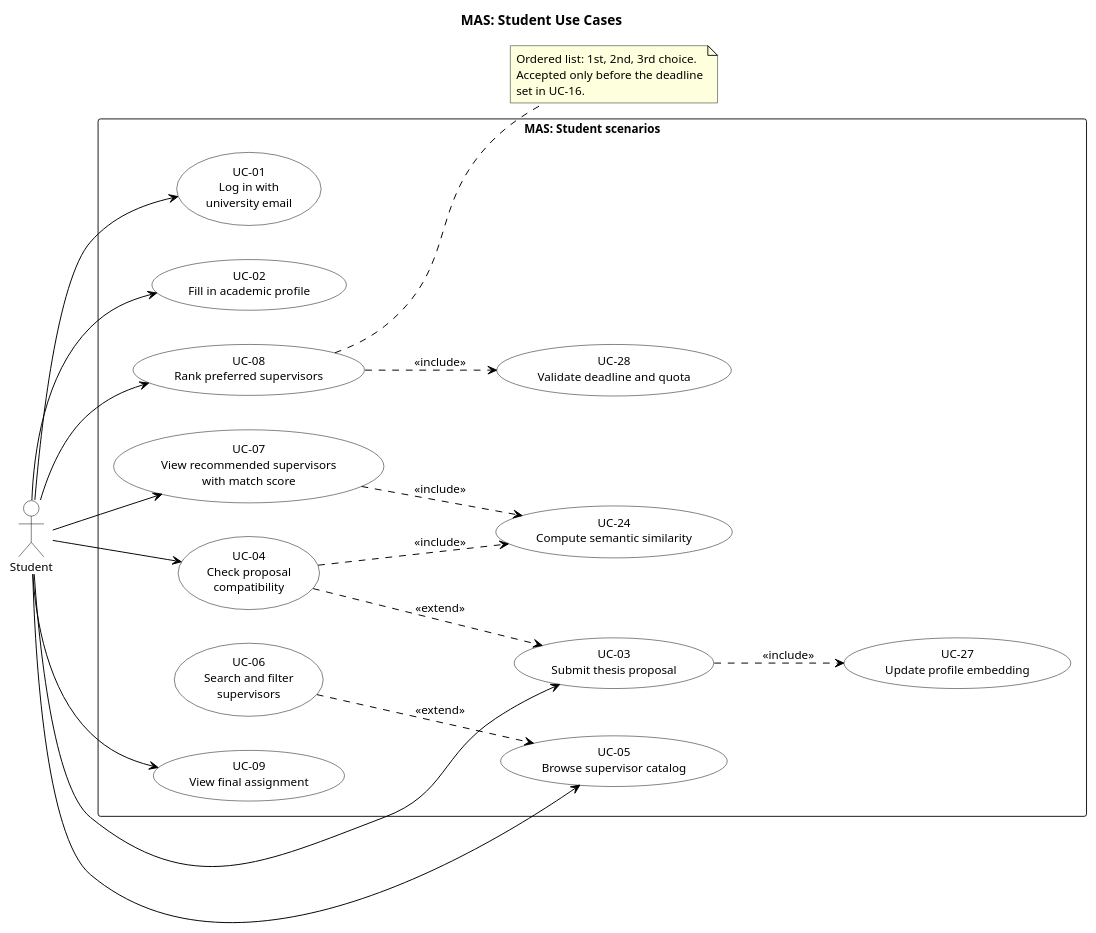
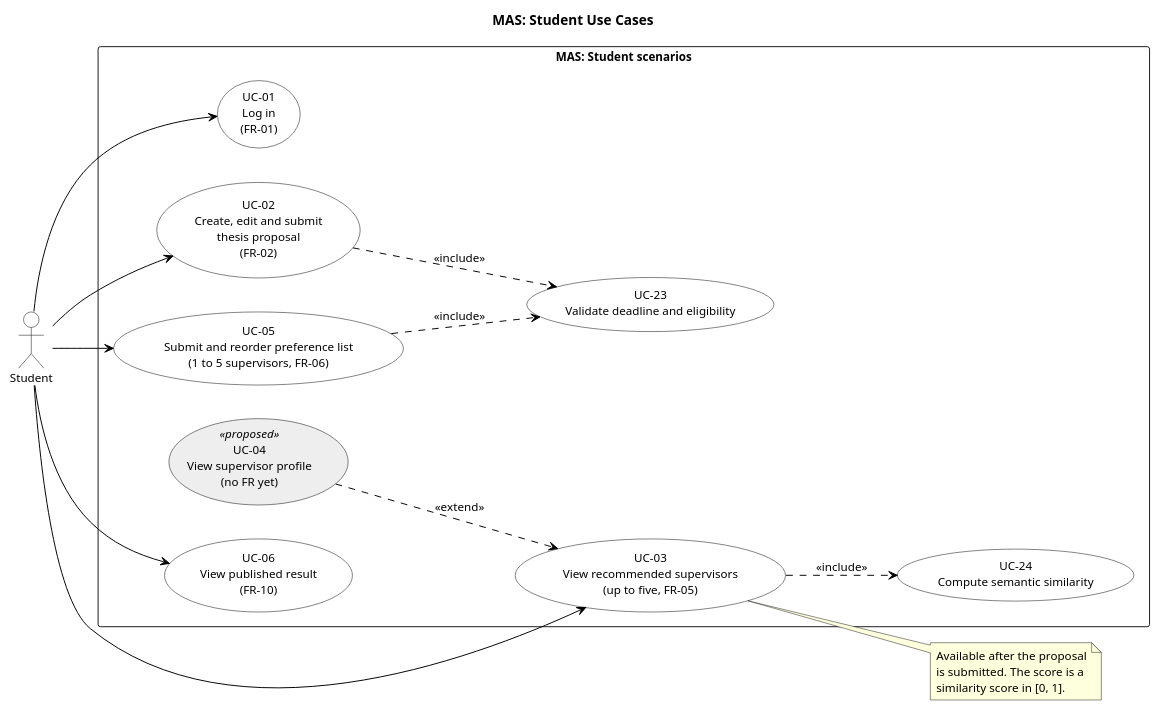
The second of 4 diagrams in diagrams/src/use-case.puml (Diasb4/Diploma), drawn with PlantUML before and after one commit. The commit also changed other lines of this file and 8 other files, not shown here.

First line of the commit message:
MAS-13: Align use case diagrams with the requirements draft

```diff
--- a/diagrams/src/use-case.puml
+++ b/diagrams/src/use-case.puml
@@ -62,58 +63,50 @@
 @startuml use-case-student
 title MAS: Student Use Cases
 
 left to right direction
 skinparam shadowing false
 skinparam defaultFontName Arial
 skinparam defaultFontSize 12
 skinparam ArrowColor Black
 skinparam usecase {
   BackgroundColor White
   BorderColor Black
+  BackgroundColor<<proposed>> #EEEEEE
 }
 skinparam actor {
   BackgroundColor White
   BorderColor Black
 }
 
 actor "Student" as Student
 
 rectangle "MAS: Student scenarios" {
-  usecase "UC-01\nLog in with\nuniversity email" as UC01
-  usecase "UC-02\nFill in academic profile" as UC02
-  usecase "UC-03\nSubmit thesis proposal" as UC03
-  usecase "UC-04\nCheck proposal\ncompatibility" as UC04
-  usecase "UC-05\nBrowse supervisor catalog" as UC05
-  usecase "UC-06\nSearch and filter\nsupervisors" as UC06
-  usecase "UC-07\nView recommended supervisors\nwith match score" as UC07
-  usecase "UC-08\nRank preferred supervisors" as UC08
-  usecase "UC-09\nView final assignment" as UC09
+  usecase "UC-01\nLog in\n(FR-01)" as UC01
+  usecase "UC-02\nCreate, edit and submit\nthesis proposal\n(FR-02)" as UC02
+  usecase "UC-03\nView recommended supervisors\n(up to five, FR-05)" as UC03
+  usecase "UC-04\nView supervisor profile\n(no FR yet)" as UC04 <<proposed>>
+  usecase "UC-05\nSubmit and reorder preference list\n(1 to 5 supervisors, FR-06)" as UC05
+  usecase "UC-06\nView published result\n(FR-10)" as UC06
 
+  usecase "UC-23\nValidate deadline and eligibility" as UC23
   usecase "UC-24\nCompute semantic similarity" as UC24
-  usecase "UC-27\nUpdate profile embedding" as UC27
-  usecase "UC-28\nValidate deadline and quota" as UC28
 }
 
 Student --> UC01
 Student --> UC02
 Student --> UC03
-Student --> UC04
 Student --> UC05
-Student --> UC07
-Student --> UC08
-Student --> UC09
+Student --> UC06
 
-UC03 ..> UC27 : <<include>>
-UC04 ..> UC24 : <<include>>
-UC07 ..> UC24 : <<include>>
-UC08 ..> UC28 : <<include>>
+UC02 ..> UC23 : <<include>>
+UC05 ..> UC23 : <<include>>
+UC03 ..> UC24 : <<include>>
 
 UC04 ..> UC03 : <<extend>>
-UC06 ..> UC05 : <<extend>>
 
-note right of UC08
-  Ordered list: 1st, 2nd, 3rd choice.
-  Accepted only before the deadline
-  set in UC-16.
+note right of UC03
+  Available after the proposal
+  is submitted. The score is a
+  similarity score in [0, 1].
 end note
 @enduml
```
